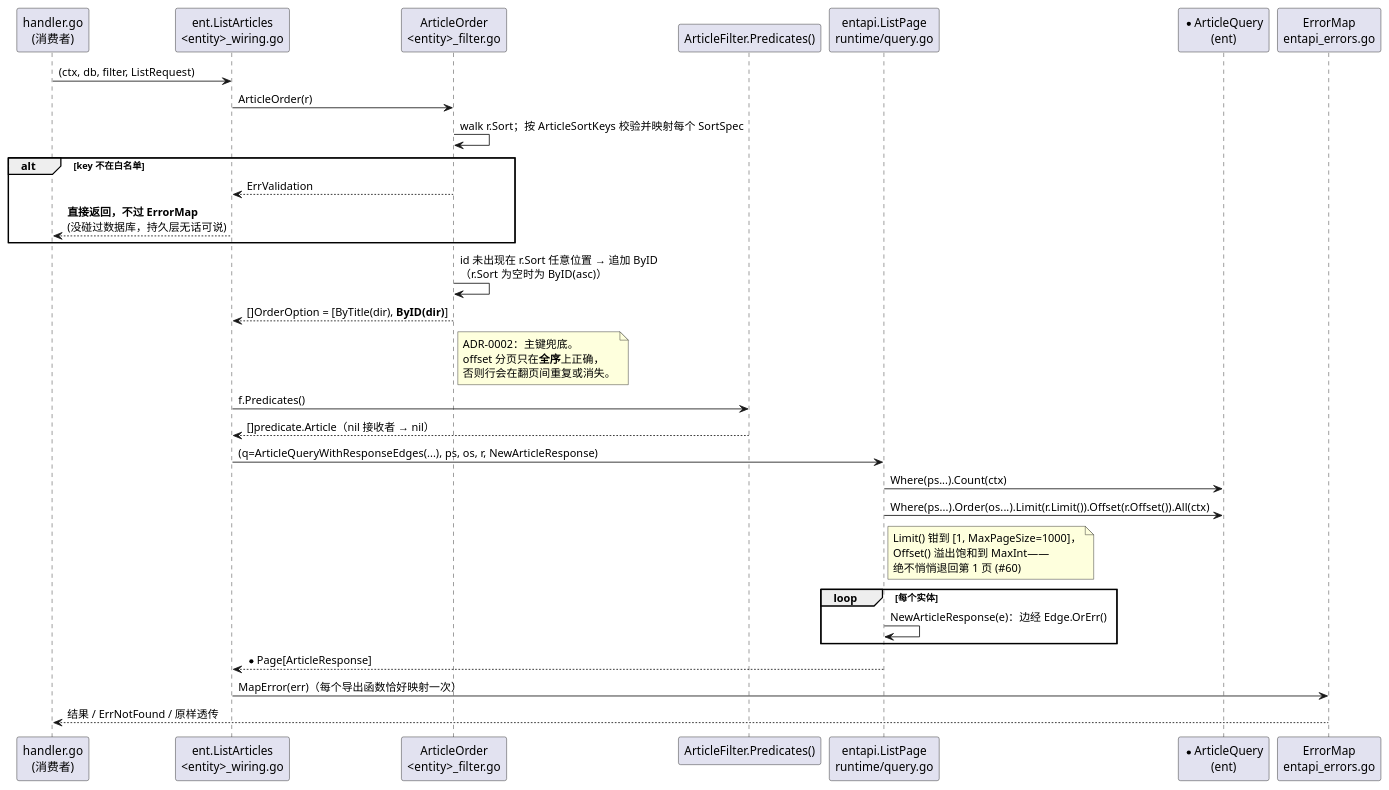
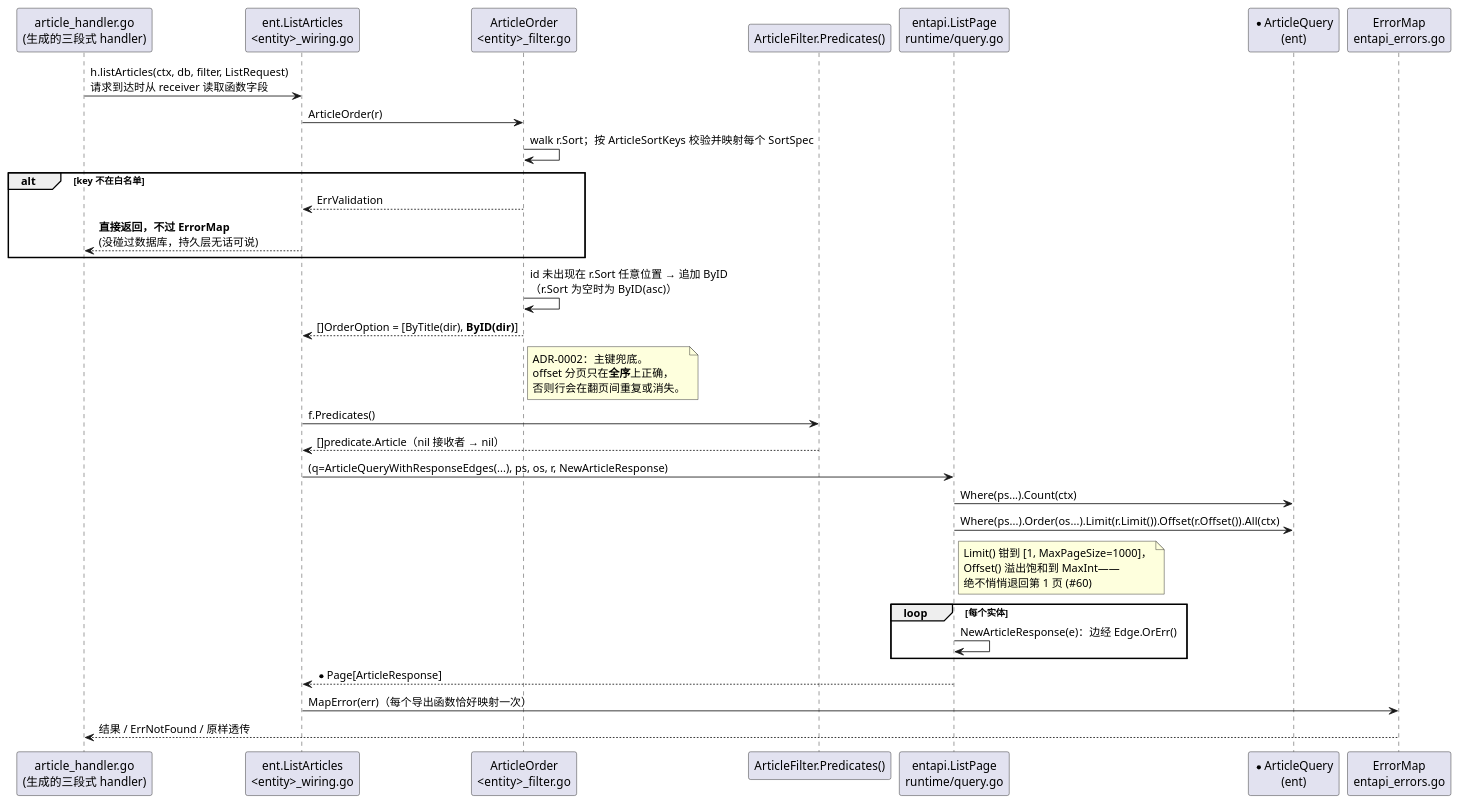
One commit to githonllc/entapi changed the fifth of 5 diagrams in docs/ARCHITECTURE.md. Above: the diagram before and after it, drawn with PlantUML. The commit also changed other lines of this file and 98 other files, not shown here.

````diff
--- a/docs/ARCHITECTURE.md
+++ b/docs/ARCHITECTURE.md
@@ -352,43 +362,43 @@
 ```plantuml
 @startuml
 skinparam shadowing false
-participant "handler.go\n(消费者)" as H
+participant "article_handler.go\n(生成的三段式 handler)" as H
 participant "ent.ListArticles\n<entity>_wiring.go" as W
 participant "ArticleOrder\n<entity>_filter.go" as ORD
 participant "ArticleFilter.Predicates()" as PRED
 participant "entapi.ListPage\nruntime/query.go" as LP
 participant "*ArticleQuery\n(ent)" as Q
 participant "ErrorMap\nentapi_errors.go" as EM
 
-H -> W : (ctx, db, filter, ListRequest)
+H -> W : h.listArticles(ctx, db, filter, ListRequest)\n请求到达时从 receiver 读取函数字段
 W -> ORD : ArticleOrder(r)
 ORD -> ORD : walk r.Sort；按 ArticleSortKeys 校验并映射每个 SortSpec
 alt key 不在白名单
   ORD --> W : ErrValidation
   W --> H : **直接返回，不过 ErrorMap**\n(没碰过数据库，持久层无话可说)
 end
 ORD -> ORD : id 未出现在 r.Sort 任意位置 → 追加 ByID\n（r.Sort 为空时为 ByID(asc)）
 ORD --> W : []OrderOption = [ByTitle(dir), **ByID(dir)**]
 note right of ORD
   ADR-0002：主键兜底。
   offset 分页只在**全序**上正确，
   否则行会在翻页间重复或消失。
 end note
 W -> PRED : f.Predicates()
 PRED --> W : []predicate.Article（nil 接收者 → nil）
 W -> LP : (q=ArticleQueryWithResponseEdges(...), ps, os, r, NewArticleResponse)
 LP -> Q : Where(ps...).Count(ctx)
 LP -> Q : Where(ps...).Order(os...).Limit(r.Limit()).Offset(r.Offset()).All(ctx)
 note right of LP
   Limit() 钳到 [1, MaxPageSize=1000]，
   Offset() 溢出饱和到 MaxInt——
   绝不悄悄退回第 1 页 (#60)
 end note
 loop 每个实体
   LP -> LP : NewArticleResponse(e)：边经 Edge.OrErr()
 end
 LP --> W : *Page[ArticleResponse]
 W -> EM : MapError(err)（每个导出函数恰好映射一次）
 EM --> H : 结果 / ErrNotFound / 原样透传
 @enduml
 ```
````
